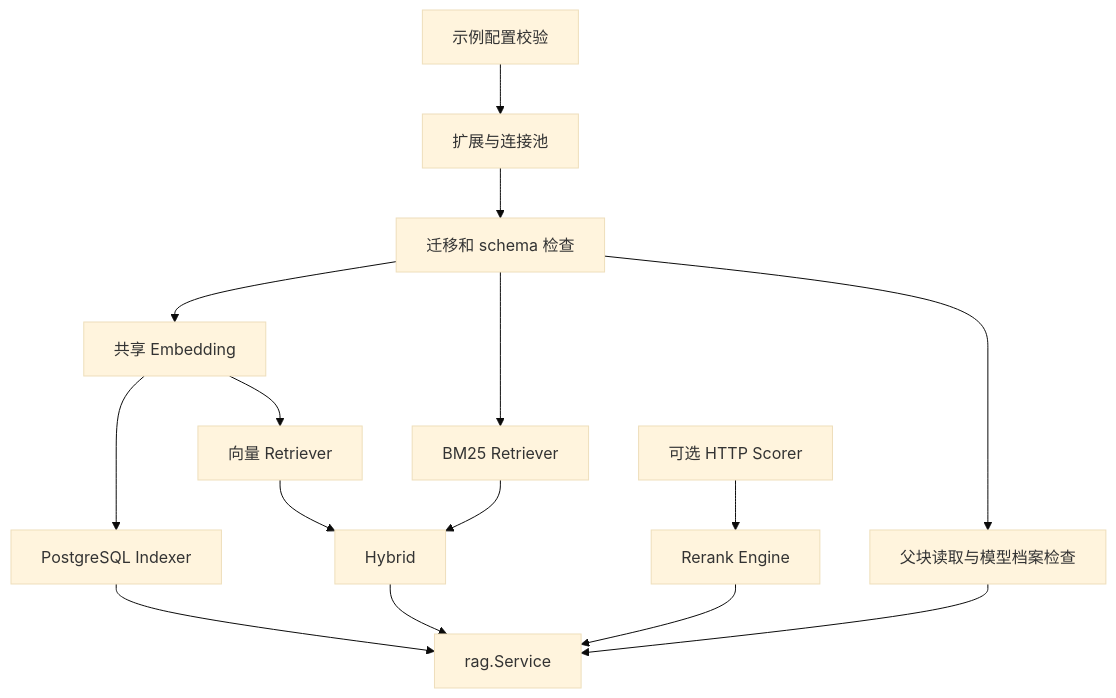
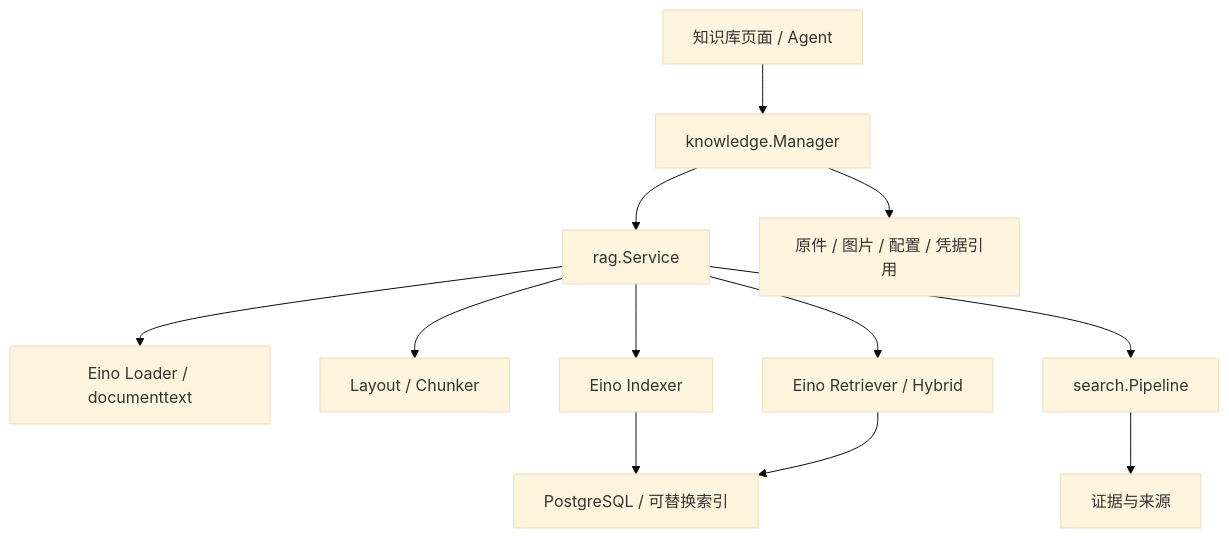
One commit to sda1-hacker/humbert-agent changed the diagram in docs/RAG源码详解.md. Above: the diagram before and after it, drawn with Mermaid (base theme). The commit also changed other lines of this file and 54 other files, not shown here.

````diff
--- a/docs/RAG源码详解.md
+++ b/docs/RAG源码详解.md
@@ -277,17 +91,14 @@
 ```mermaid
 flowchart TD
-    A[示例配置校验] --> B[扩展与连接池]
-    B --> C[迁移和 schema 检查]
-    C --> D[共享 Embedding]
-    D --> E[PostgreSQL Indexer]
-    D --> F[向量 Retriever]
-    C --> G[BM25 Retriever]
-    F --> H[Hybrid]
-    G --> H
-    I[可选 HTTP Scorer] --> J[Rerank Engine]
-    E --> K[rag.Service]
-    H --> K
-    J --> K
-    C --> L[父块读取与模型档案检查]
-    L --> K
+  UI[知识库页面 / Agent] --> K[knowledge.Manager]
+  K --> R[rag.Service]
+  R --> L[Eino Loader / documenttext]
+  R --> C[Layout / Chunker]
+  R --> I[Eino Indexer]
+  R --> Q[Eino Retriever / Hybrid]
+  R --> P[search.Pipeline]
+  I --> PG[PostgreSQL / 可替换索引]
+  Q --> PG
+  K --> B[原件 / 图片 / 配置 / 凭据引用]
+  P --> E[证据与来源]
 ```
````
